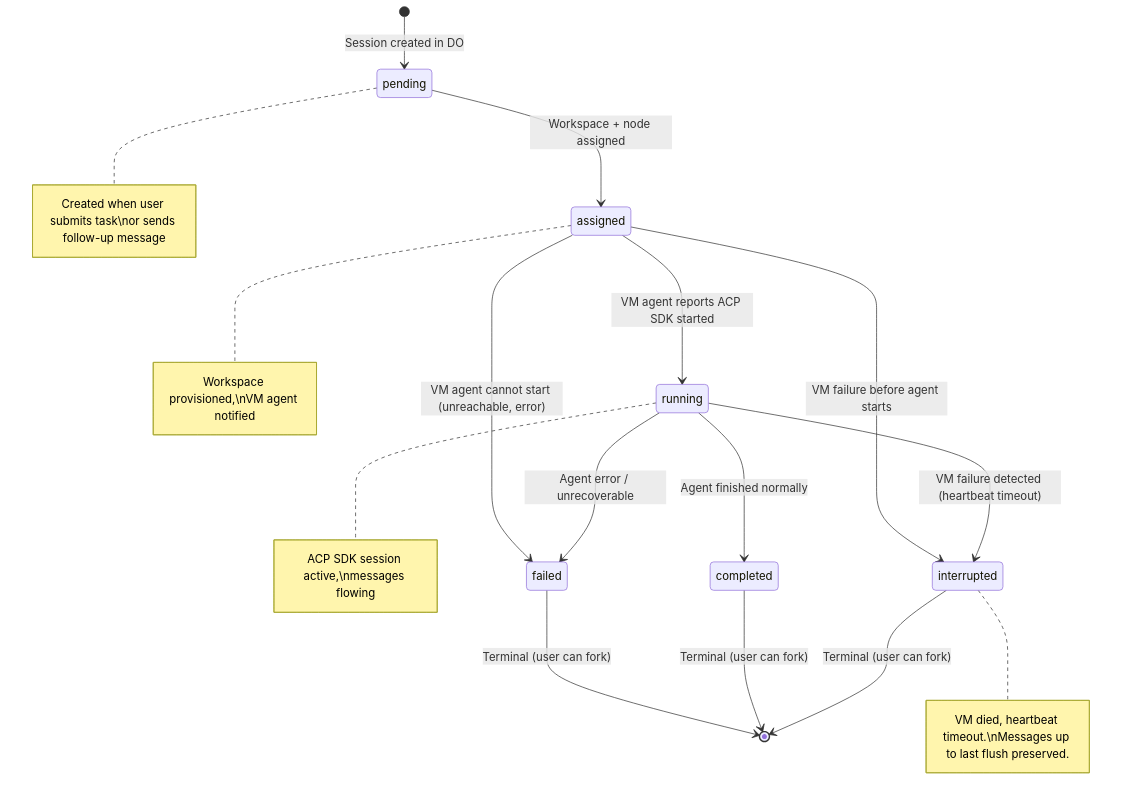
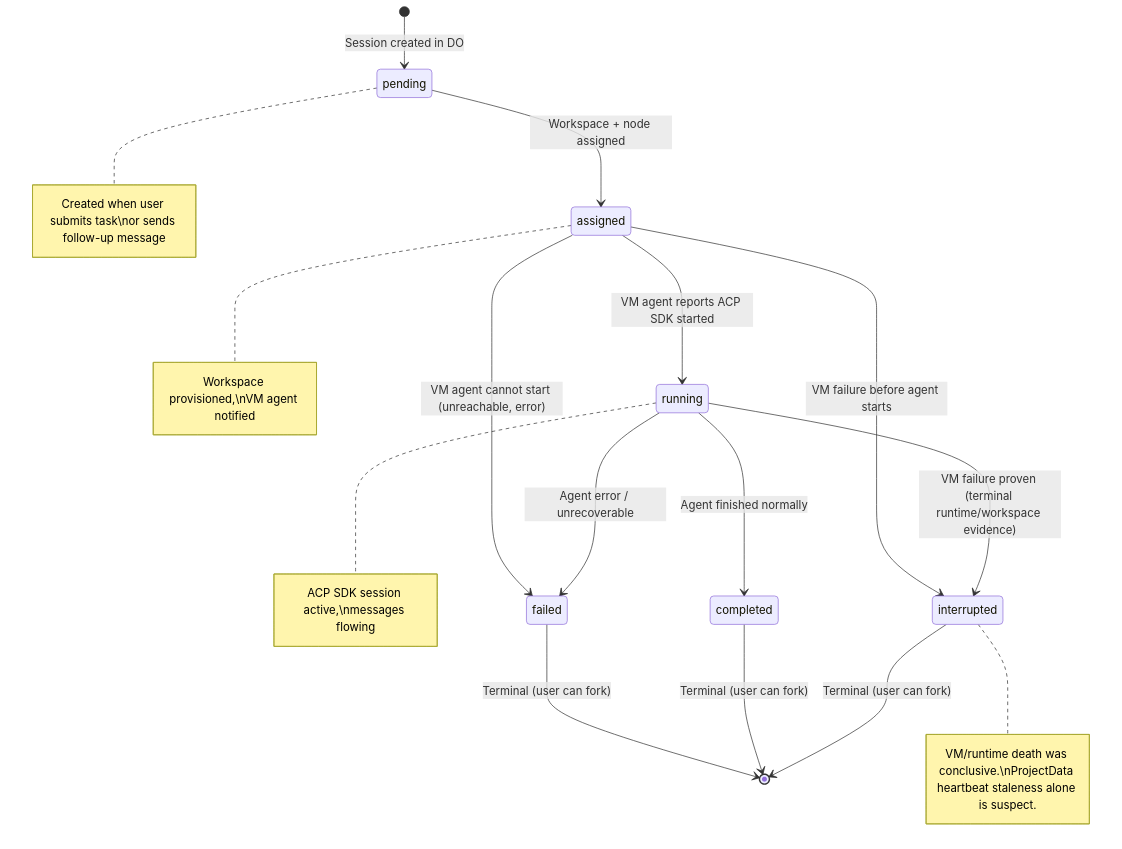
The second of 3 diagrams in specs/027-do-session-ownership/data-model.md (raphaeltm/simple-agent-manager), drawn with Mermaid before and after one commit. The commit also changed 8 other files, not shown here.

````diff
--- a/specs/027-do-session-ownership/data-model.md
+++ b/specs/027-do-session-ownership/data-model.md
@@ -77,20 +77,20 @@
 ```mermaid
 stateDiagram-v2
     [*] --> pending: Session created in DO
     pending --> assigned: Workspace + node assigned
     assigned --> running: VM agent reports ACP SDK started
     running --> completed: Agent finished normally
     running --> failed: Agent error / unrecoverable
-    running --> interrupted: VM failure detected (heartbeat timeout)
+    running --> interrupted: VM failure proven (terminal runtime/workspace evidence)
     assigned --> failed: VM agent cannot start (unreachable, error)
     assigned --> interrupted: VM failure before agent starts
 
     interrupted --> [*]: Terminal (user can fork)
     completed --> [*]: Terminal (user can fork)
     failed --> [*]: Terminal (user can fork)
 
     note right of pending: Created when user submits task\nor sends follow-up message
     note right of assigned: Workspace provisioned,\nVM agent notified
     note right of running: ACP SDK session active,\nmessages flowing
-    note right of interrupted: VM died, heartbeat timeout.\nMessages up to last flush preserved.
+    note right of interrupted: VM/runtime death was conclusive.\nProjectData heartbeat staleness alone is suspect.
 ```
````
